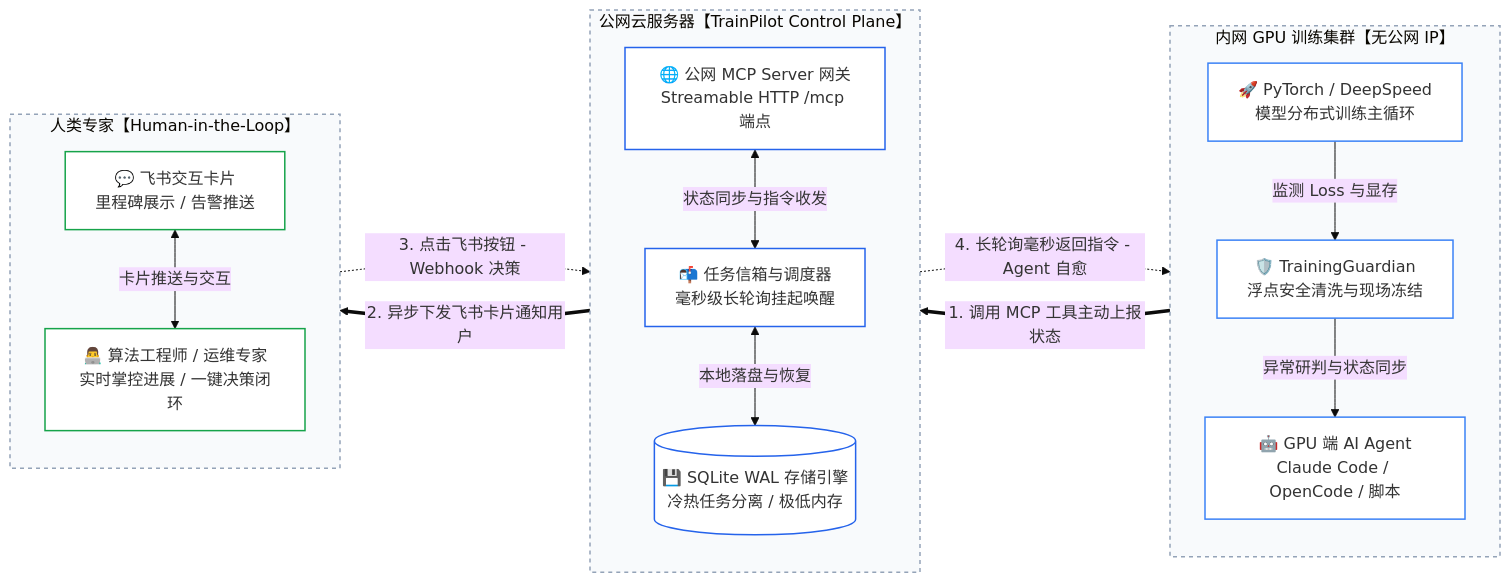
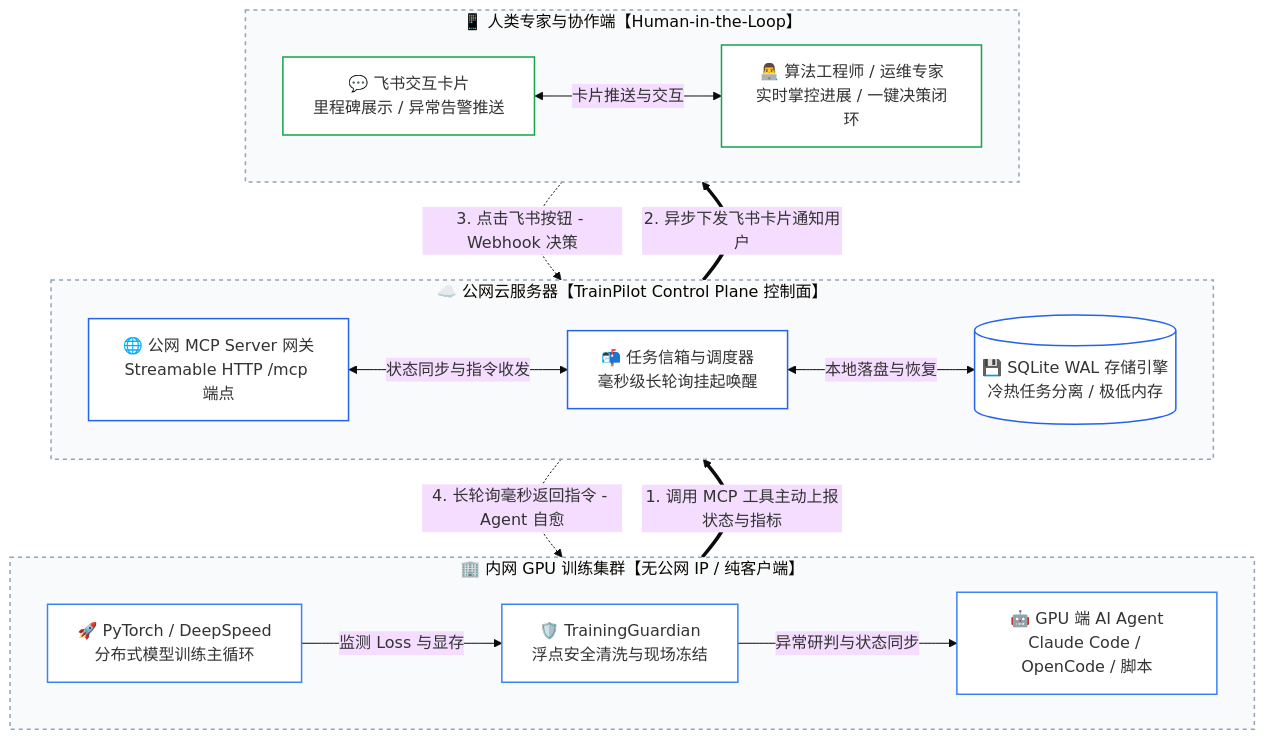
Before and after one commit to Long-Holiday/TrainPilot: the first of 2 diagrams in README.md, drawn with Mermaid (base theme).

Commit message:
style(docs): 网络拓扑架构图切换为纵向构图 (flowchart TB)

````diff
--- a/README.md
+++ b/README.md
@@ -36,44 +36,44 @@
 ```mermaid
-flowchart LR
+flowchart TB
     %% 样式定义
     classDef compStyle fill:#FFFFFF,stroke:#3B82F6,stroke-width:1.5px;
     classDef serverCompStyle fill:#FFFFFF,stroke:#2563EB,stroke-width:1.5px;
     classDef userCompStyle fill:#FFFFFF,stroke:#16A34A,stroke-width:1.5px;
     classDef subStyle fill:#F8FAFC,stroke:#94A3B8,stroke-width:1.5px,stroke-dasharray: 4 4;
 
-    subgraph GPU_Side["内网 GPU 训练集群【无公网 IP】"]
-        direction TB
-        TrainingJob["🚀 PyTorch / DeepSpeed<br/>模型分布式训练主循环"]:::compStyle
+    subgraph GPU_Side["🏢 内网 GPU 训练集群【无公网 IP / 纯客户端】"]
+        direction LR
+        TrainingJob["🚀 PyTorch / DeepSpeed<br/>分布式模型训练主循环"]:::compStyle
         Guardian["🛡️ TrainingGuardian<br/>浮点安全清洗与现场冻结"]:::compStyle
         GPUAgent["🤖 GPU 端 AI Agent<br/>Claude Code / OpenCode / 脚本"]:::compStyle
 
         TrainingJob -->|"监测 Loss 与显存"| Guardian
         Guardian -->|"异常研判与状态同步"| GPUAgent
     end
 
-    subgraph Control_Plane["公网云服务器【TrainPilot Control Plane】"]
-        direction TB
+    subgraph Control_Plane["☁️ 公网云服务器【TrainPilot Control Plane 控制面】"]
+        direction LR
         MCPServer["🌐 公网 MCP Server 网关<br/>Streamable HTTP /mcp 端点"]:::serverCompStyle
         Mailbox["📬 任务信箱与调度器<br/>毫秒级长轮询挂起唤醒"]:::serverCompStyle
         Storage[("💾 SQLite WAL 存储引擎<br/>冷热任务分离 / 极低内存")]:::serverCompStyle
 
         MCPServer <-->|"状态同步与指令收发"| Mailbox
         Mailbox <-->|"本地落盘与恢复"| Storage
     end
 
-    subgraph User_Side["人类专家【Human-in-the-Loop】"]
-        direction TB
-        FeishuCard["💬 飞书交互卡片<br/>里程碑展示 / 告警推送"]:::userCompStyle
+    subgraph User_Side["📱 人类专家与协作端【Human-in-the-Loop】"]
+        direction LR
+        FeishuCard["💬 飞书交互卡片<br/>里程碑展示 / 异常告警推送"]:::userCompStyle
         Human["👨‍💻 算法工程师 / 运维专家<br/>实时掌控进展 / 一键决策闭环"]:::userCompStyle
 
         FeishuCard <-->|"卡片推送与交互"| Human
     end
 
-    %% 跨端通信数据流
-    GPUAgent ==> |"1. 调用 MCP 工具主动上报状态"| MCPServer
+    %% 纵向跨端数据流与控制流
+    GPUAgent ==> |"1. 调用 MCP 工具主动上报状态与指标"| MCPServer
     MCPServer ==> |"2. 异步下发飞书卡片通知用户"| FeishuCard
     Human -.-> |"3. 点击飞书按钮 - Webhook 决策"| MCPServer
     Mailbox -.-> |"4. 长轮询毫秒返回指令 - Agent 自愈"| GPUAgent
 
     class GPU_Side,Control_Plane,User_Side subStyle;
 ```
````
